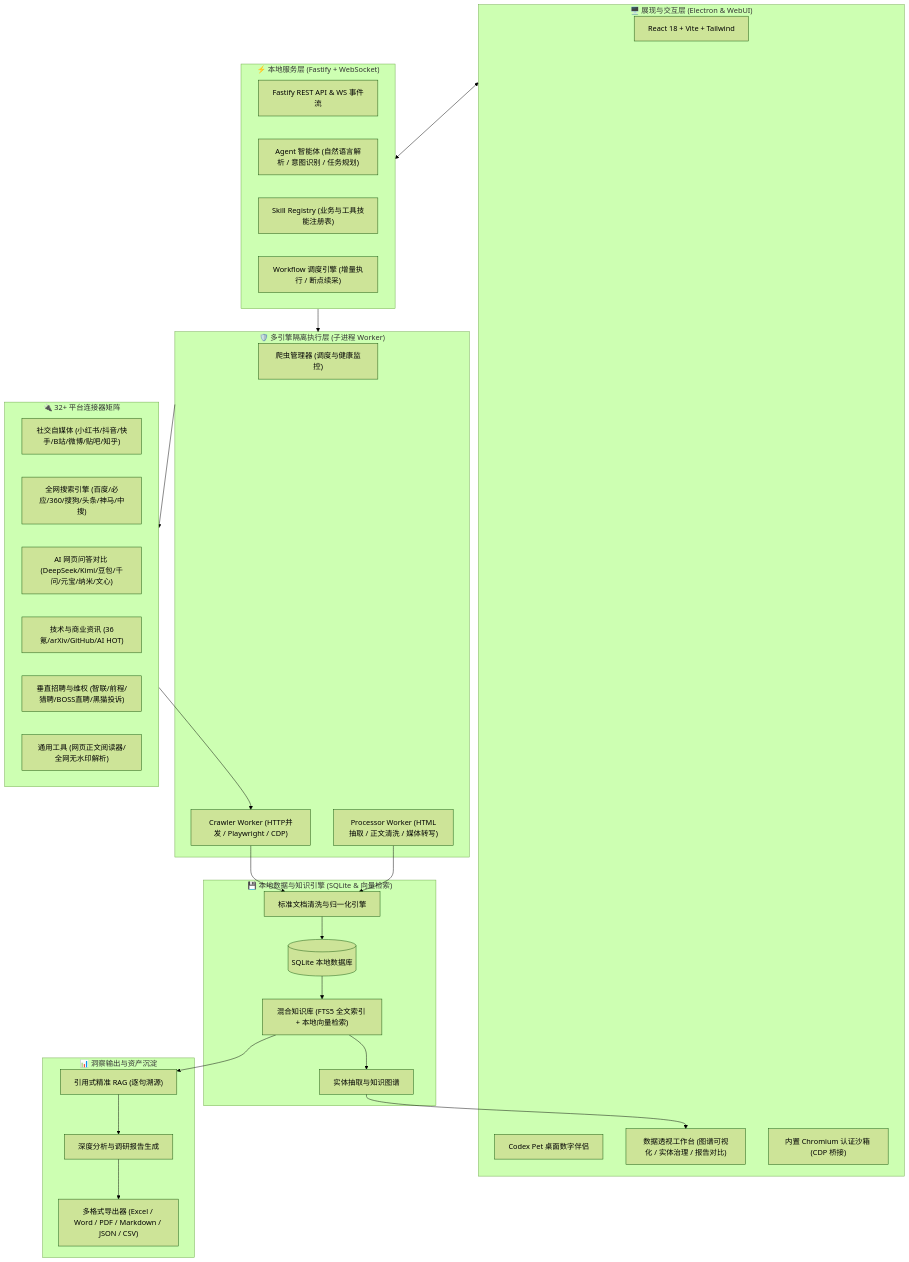
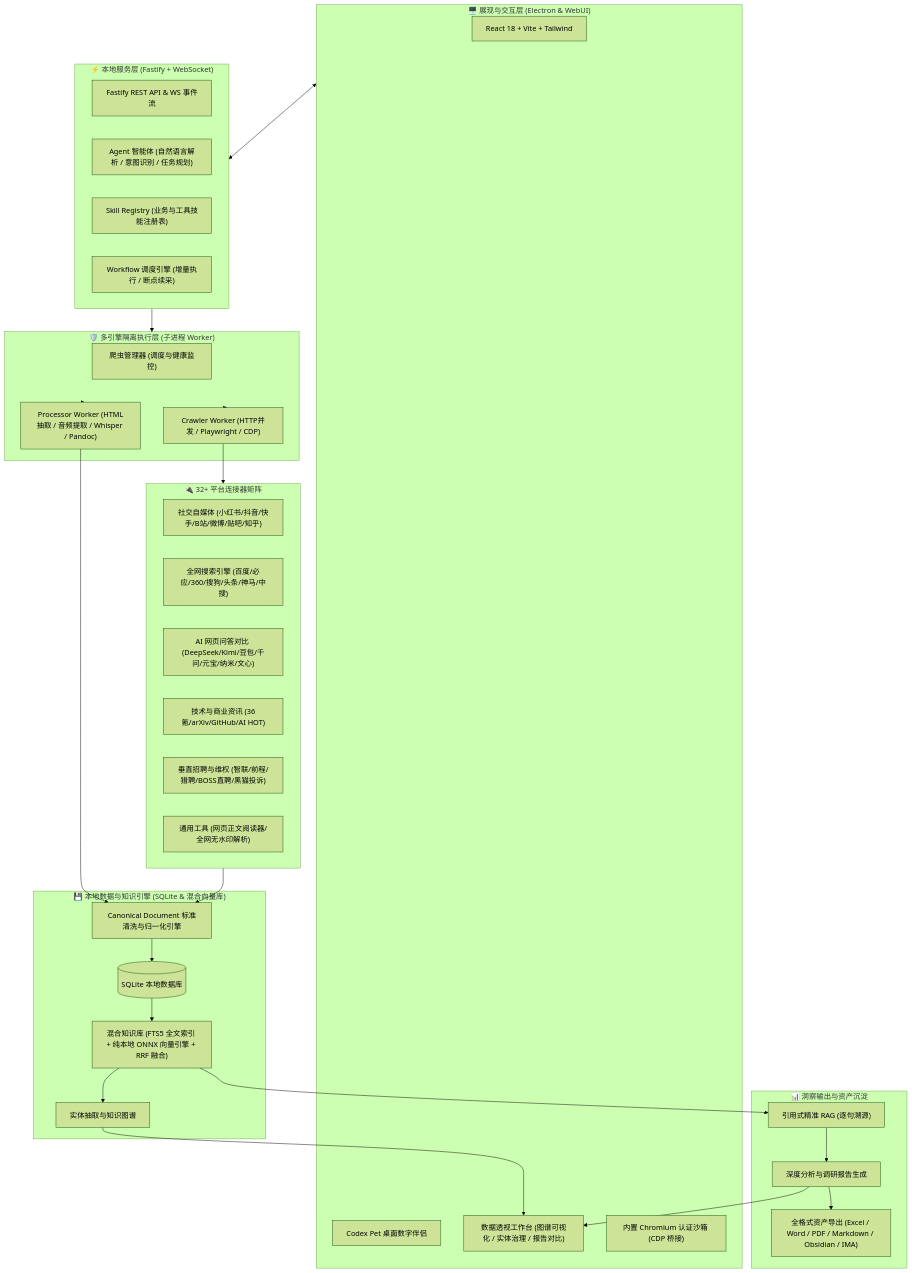
The diagram in README.md (ucmao/unisearch), drawn with Mermaid (forest theme) before and after one commit. The commit also changed other lines of this file and 7 other files, not shown here.

````diff
--- a/README.md
+++ b/README.md
@@ -41,58 +40,60 @@
 ```mermaid
 flowchart TB
     subgraph UI_Layer["🖥️ 展现与交互层 (Electron & WebUI)"]
         WebUI["React 18 + Vite + Tailwind"]
         Pet["Codex Pet 桌面数字伴侣"]
         Workbench["数据透视工作台 (图谱可视化 / 实体治理 / 报告对比)"]
         BrowserSession["内置 Chromium 认证沙箱 (CDP 桥接)"]
     end
 
     subgraph Server_Layer["⚡ 本地服务层 (Fastify + WebSocket)"]
         API["Fastify REST API & WS 事件流"]
         Agent["Agent 智能体 (自然语言解析 / 意图识别 / 任务规划)"]
         SkillReg["Skill Registry (业务与工具技能注册表)"]
         WorkflowEng["Workflow 调度引擎 (增量执行 / 断点续采)"]
     end
 
     subgraph Runtime_Layer["🛡️ 多引擎隔离执行层 (子进程 Worker)"]
         CrawlerMgr["爬虫管理器 (调度与健康监控)"]
         CrawlerWorker["Crawler Worker (HTTP并发 / Playwright / CDP)"]
-        ProcessorWorker["Processor Worker (HTML抽取 / 正文清洗 / 媒体转写)"]
+        ProcessorWorker["Processor Worker (HTML抽取 / 音频提取 / Whisper / Pandoc)"]
     end
 
     subgraph Connectors_Layer["🔌 32+ 平台连接器矩阵"]
         SocialConn["社交自媒体 (小红书/抖音/快手/B站/微博/贴吧/知乎)"]
         SearchConn["全网搜索引擎 (百度/必应/360/搜狗/头条/神马/中搜)"]
         AIConn["AI 网页问答对比 (DeepSeek/Kimi/豆包/千问/元宝/纳米/文心)"]
         TechConn["技术与商业资讯 (36氪/arXiv/GitHub/AI HOT)"]
         JobConn["垂直招聘与维权 (智联/前程/猎聘/BOSS直聘/黑猫投诉)"]
         UtilConn["通用工具 (网页正文阅读器/全网无水印解析)"]
     end
 
-    subgraph Storage_Layer["💾 本地数据与知识引擎 (SQLite & 向量检索)"]
-        DocEngine["标准文档清洗与归一化引擎"]
+    subgraph Storage_Layer["💾 本地数据与知识引擎 (SQLite & 混合向量库)"]
+        DocEngine["Canonical Document 标准清洗与归一化引擎"]
         SQLiteDB[("SQLite 本地数据库")]
-        Knowledge["混合知识库 (FTS5 全文索引 + 本地向量检索)"]
+        Knowledge["混合知识库 (FTS5 全文索引 + 纯本地 ONNX 向量引擎 + RRF 融合)"]
         EntityGraph["实体抽取与知识图谱"]
     end
 
     subgraph Output_Layer["📊 洞察输出与资产沉淀"]
         CitedRAG["引用式精准 RAG (逐句溯源)"]
         Analyzer["深度分析与调研报告生成"]
-        Exporters["多格式导出器 (Excel / Word / PDF / Markdown / JSON / CSV)"]
+        Exporters["全格式资产导出 (Excel / Word / PDF / Markdown / Obsidian / IMA)"]
     end
 
     UI_Layer <--> Server_Layer
     Server_Layer --> Runtime_Layer
-    Runtime_Layer --> Connectors_Layer
-    Connectors_Layer --> CrawlerWorker
-    CrawlerWorker --> DocEngine
+    Runtime_Layer --> CrawlerWorker
+    Runtime_Layer --> ProcessorWorker
+    CrawlerWorker --> Connectors_Layer
+    Connectors_Layer --> DocEngine
     ProcessorWorker --> DocEngine
     DocEngine --> SQLiteDB
     SQLiteDB --> Knowledge
     Knowledge --> EntityGraph
     EntityGraph --> Workbench
     Knowledge --> CitedRAG
     CitedRAG --> Analyzer
+    Analyzer --> Workbench
     Analyzer --> Exporters
 ```
````
